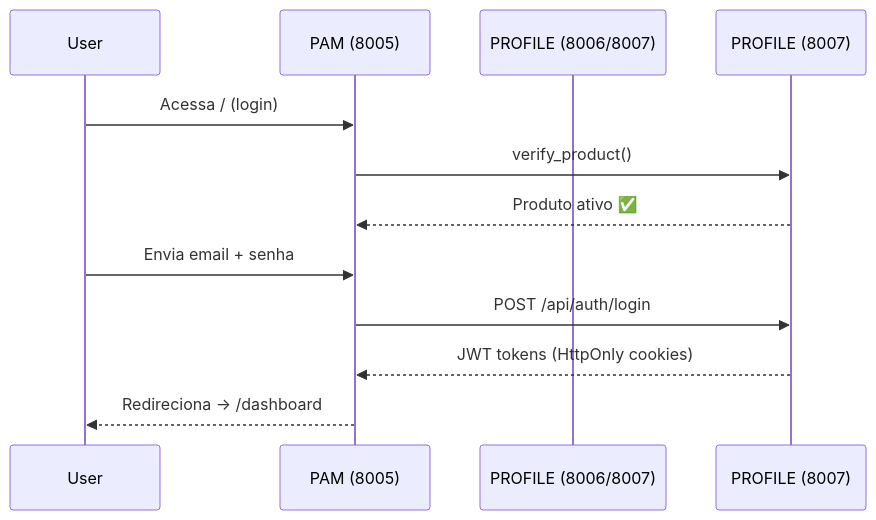
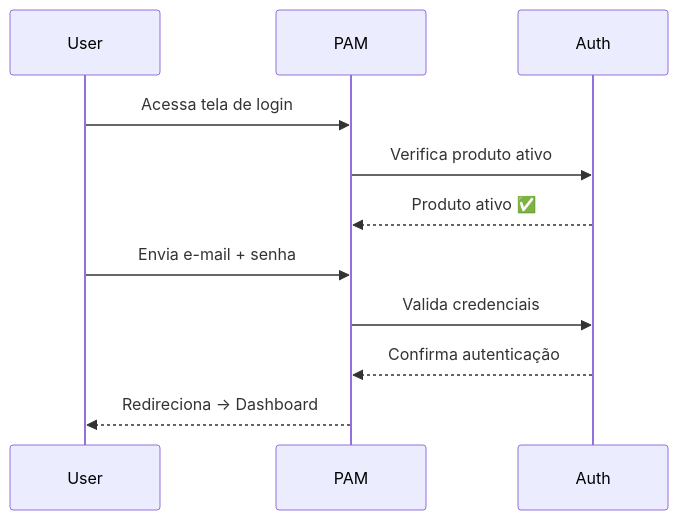
Before and after one commit to felipe-armani/pamdocs: the diagram in UPFRONT.md, drawn with Mermaid. The commit also changed other lines of this file and 10 other files, not shown here.

````diff
--- a/UPFRONT.md
+++ b/UPFRONT.md
@@ -45,14 +42,14 @@
 ```mermaid
 sequenceDiagram
     participant User
-    participant PAM (8005)
-    participant PROFILE (8006/8007)
+    participant PAM
+    participant Auth
     
-    User->>PAM (8005): Acessa / (login)
-    PAM (8005)->>PROFILE (8007): verify_product()
-    PROFILE (8007)-->>PAM (8005): Produto ativo ✅
-    User->>PAM (8005): Envia email + senha
-    PAM (8005)->>PROFILE (8007): POST /api/auth/login
-    PROFILE (8007)-->>PAM (8005): JWT tokens (HttpOnly cookies)
-    PAM (8005)-->>User: Redireciona → /dashboard
+    User->>PAM: Acessa tela de login
+    PAM->>Auth: Verifica produto ativo
+    Auth-->>PAM: Produto ativo ✅
+    User->>PAM: Envia e-mail + senha
+    PAM->>Auth: Valida credenciais
+    Auth-->>PAM: Confirma autenticação
+    PAM-->>User: Redireciona → Dashboard
 ```
````
